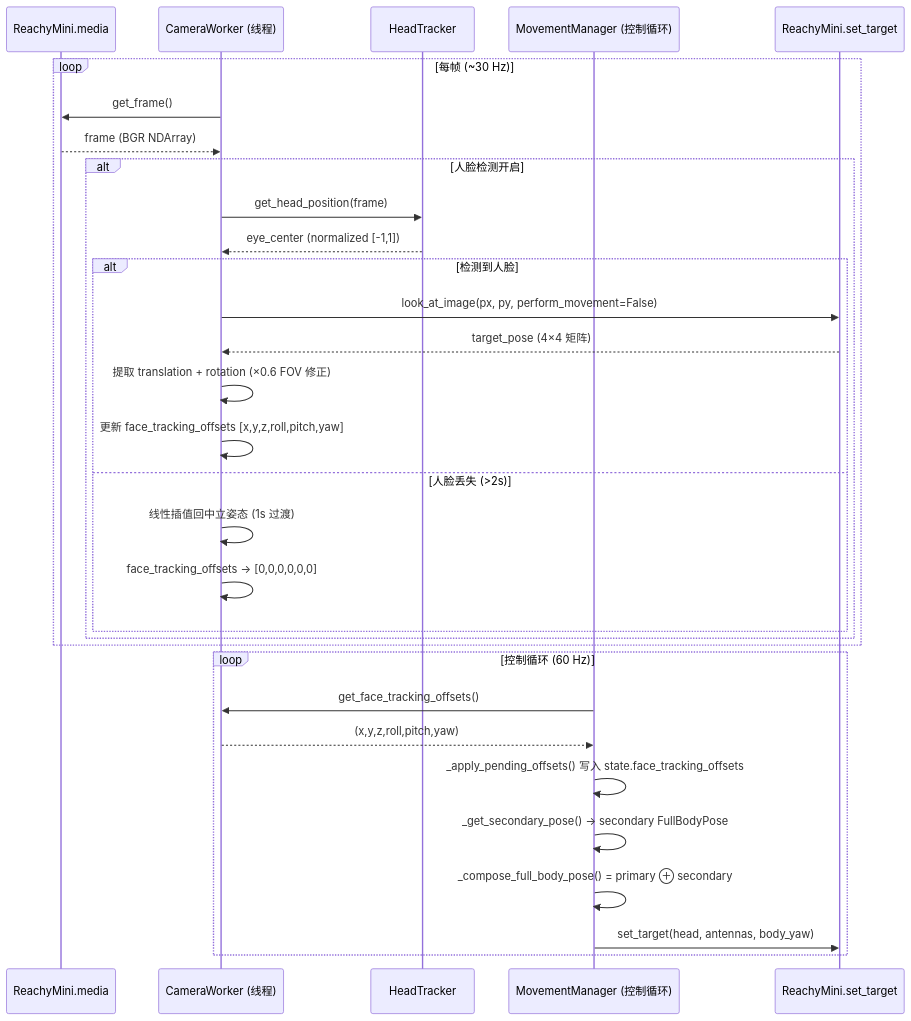
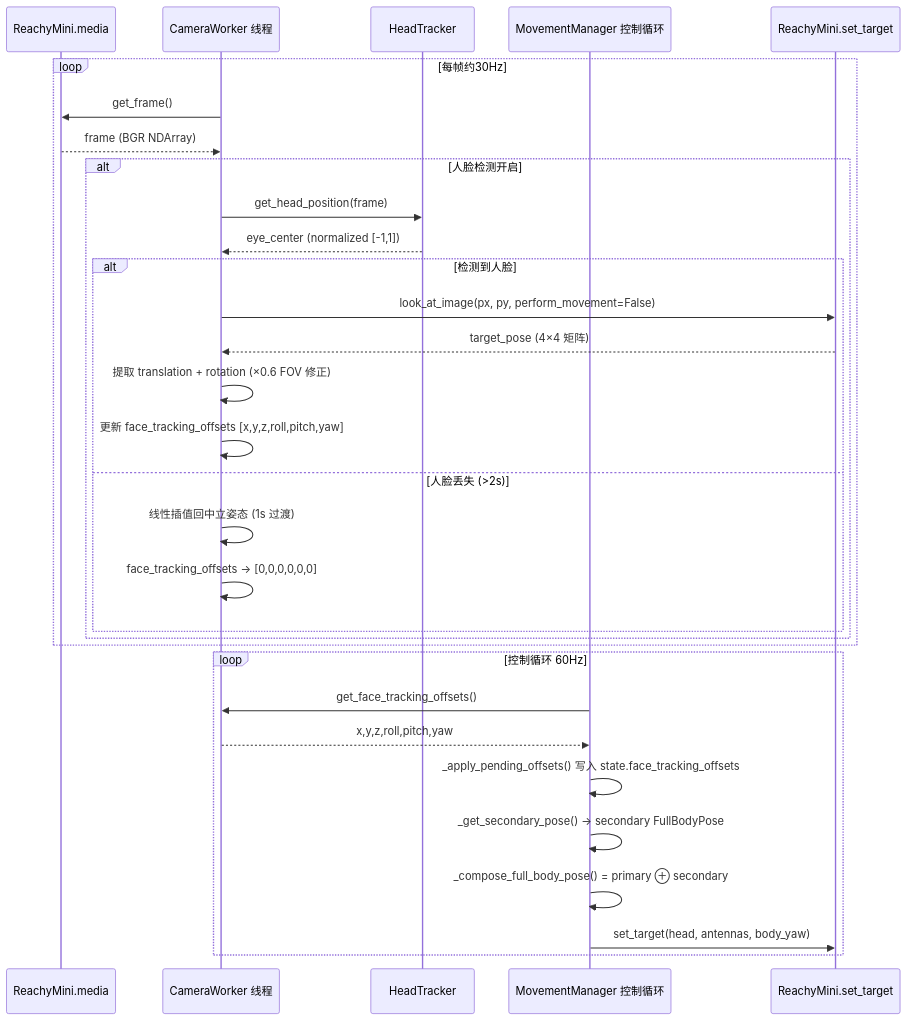
The sixth of 10 diagrams in docs/architecture_diagrams.md (freshever/reachy_mini_conversation_app), drawn with Mermaid before and after one commit. The commit also changed other lines of this file, not shown here.

Commit message:
docs: fix Mermaid parse errors caused by parentheses in participant aliases and loop labels

````diff
--- a/docs/architecture_diagrams.md
+++ b/docs/architecture_diagrams.md
@@ -348,37 +348,37 @@
 ```mermaid
 sequenceDiagram
     participant CAM as ReachyMini.media
-    participant CW as CameraWorker (线程)
+    participant CW as CameraWorker 线程
     participant HT as HeadTracker
-    participant MM as MovementManager (控制循环)
+    participant MM as MovementManager 控制循环
     participant SDK as ReachyMini.set_target
 
-    loop 每帧 (~30 Hz)
+    loop 每帧约30Hz
         CW->>CAM: get_frame()
         CAM-->>CW: frame (BGR NDArray)
 
         alt 人脸检测开启
             CW->>HT: get_head_position(frame)
             HT-->>CW: eye_center (normalized [-1,1])
 
             alt 检测到人脸
                 CW->>SDK: look_at_image(px, py, perform_movement=False)
                 SDK-->>CW: target_pose (4×4 矩阵)
                 CW->>CW: 提取 translation + rotation (×0.6 FOV 修正)
                 CW->>CW: 更新 face_tracking_offsets [x,y,z,roll,pitch,yaw]
             else 人脸丢失 (>2s)
                 CW->>CW: 线性插值回中立姿态 (1s 过渡)
                 CW->>CW: face_tracking_offsets → [0,0,0,0,0,0]
             end
         end
     end
 
-    loop 控制循环 (60 Hz)
+    loop 控制循环 60Hz
         MM->>CW: get_face_tracking_offsets()
-        CW-->>MM: (x,y,z,roll,pitch,yaw)
+        CW-->>MM: x,y,z,roll,pitch,yaw
         MM->>MM: _apply_pending_offsets() 写入 state.face_tracking_offsets
         MM->>MM: _get_secondary_pose() → secondary FullBodyPose
         MM->>MM: _compose_full_body_pose() = primary ⊕ secondary
         MM->>SDK: set_target(head, antennas, body_yaw)
     end
 ```
````
